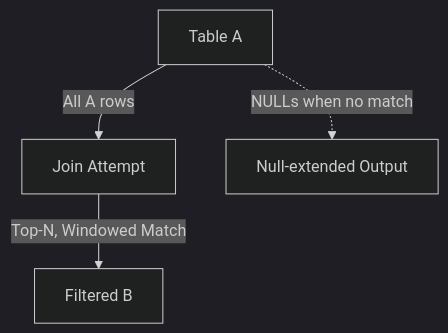
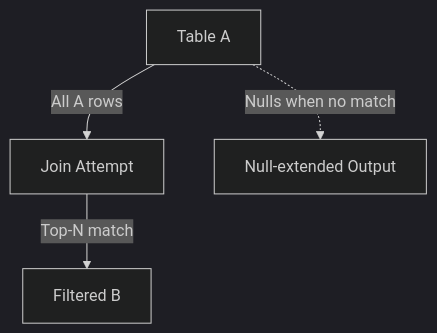
The diagram in Advance JOIN Templates/LEFT JOIN.MD (usman19zafar/ADVANCE-SQL-JOINs), drawn with Mermaid (dark theme) before and after one commit. The commit also changed other lines of this file, not shown here.

````diff
--- a/Advance JOIN Templates/LEFT JOIN.MD
+++ b/Advance JOIN Templates/LEFT JOIN.MD
@@ -1,6 +1,6 @@
 ```mermaid
 flowchart TD
     A[Table A] -->|All A rows| J[Join Attempt]
-    J -->|Top‑N, Windowed Match| B[Filtered B]
-    A -.->|NULLs when no match| N[Null-extended Output]
+    J -->|Top‑N match| B[Filtered B]
+    A -.->|Nulls when no match| N[Null-extended Output]
 ```
````
